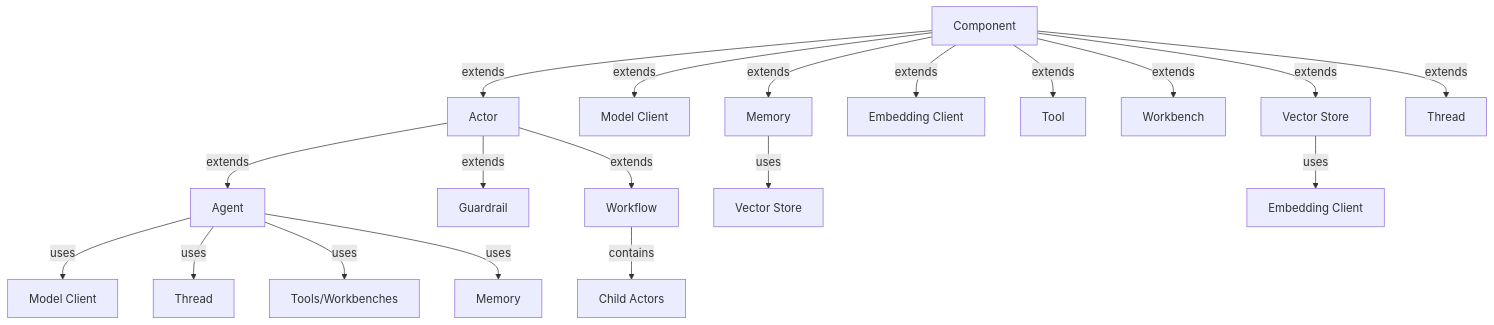
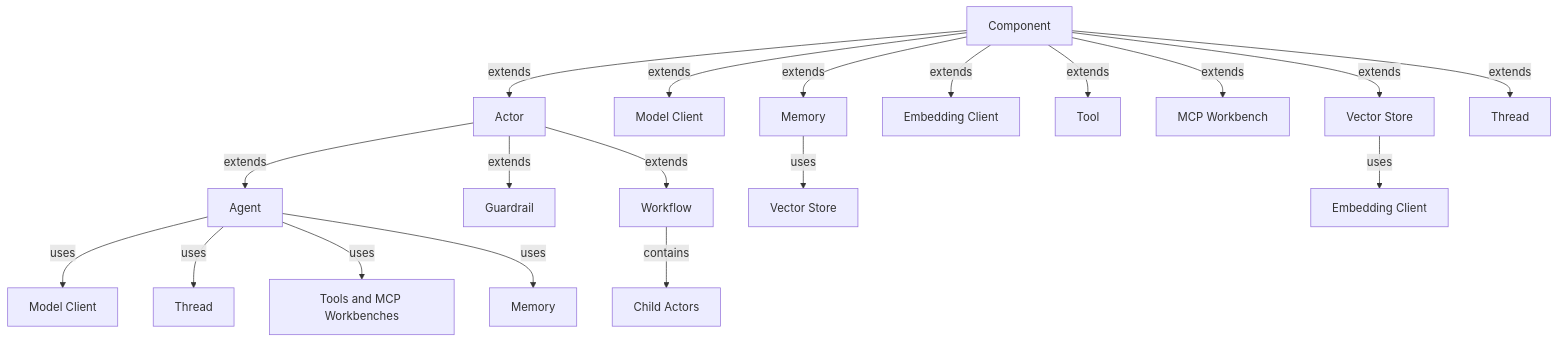
The diagram in docs/design/main.md (microsoft/agent-framework), drawn with Mermaid before and after one commit. The commit also changed other lines of this file, not shown here.

````diff
--- a/docs/design/main.md
+++ b/docs/design/main.md
@@ -102,25 +102,25 @@
 ```mermaid
 graph TD
     Component[Component] --> |extends| Actor[Actor]
     Actor --> |extends| Agent[Agent]
     Actor --> |extends| Guardrail[Guardrail]
     Actor --> |extends| Workflow[Workflow]
     
     Component --> |extends| ModelClient[Model Client]
     Component --> |extends| VectorStore[Vector Store]
     Component --> |extends| EmbeddingClient[Embedding Client]
     Component --> |extends| Tool[Tool]
-    Component --> |extends| Workbench[Workbench]
+    Component --> |extends| MCPWorkbench[MCP Workbench]
     Component --> |extends| Memory[Memory]
     Component --> |extends| Thread[Thread]
     
     Agent --> |uses| uses1[Model Client]
     Agent --> |uses| uses2[Thread]
-    Agent --> |uses| uses3[Tools/Workbenches]
+    Agent --> |uses| uses3[Tools and MCP Workbenches]
     Agent --> |uses| uses4[Memory]
     
     Workflow --> |contains| contains[Child Actors]
 
     Memory --> |uses| uses5[Vector Store]
     VectorStore --> |uses| uses6[Embedding Client]
 ```
````
